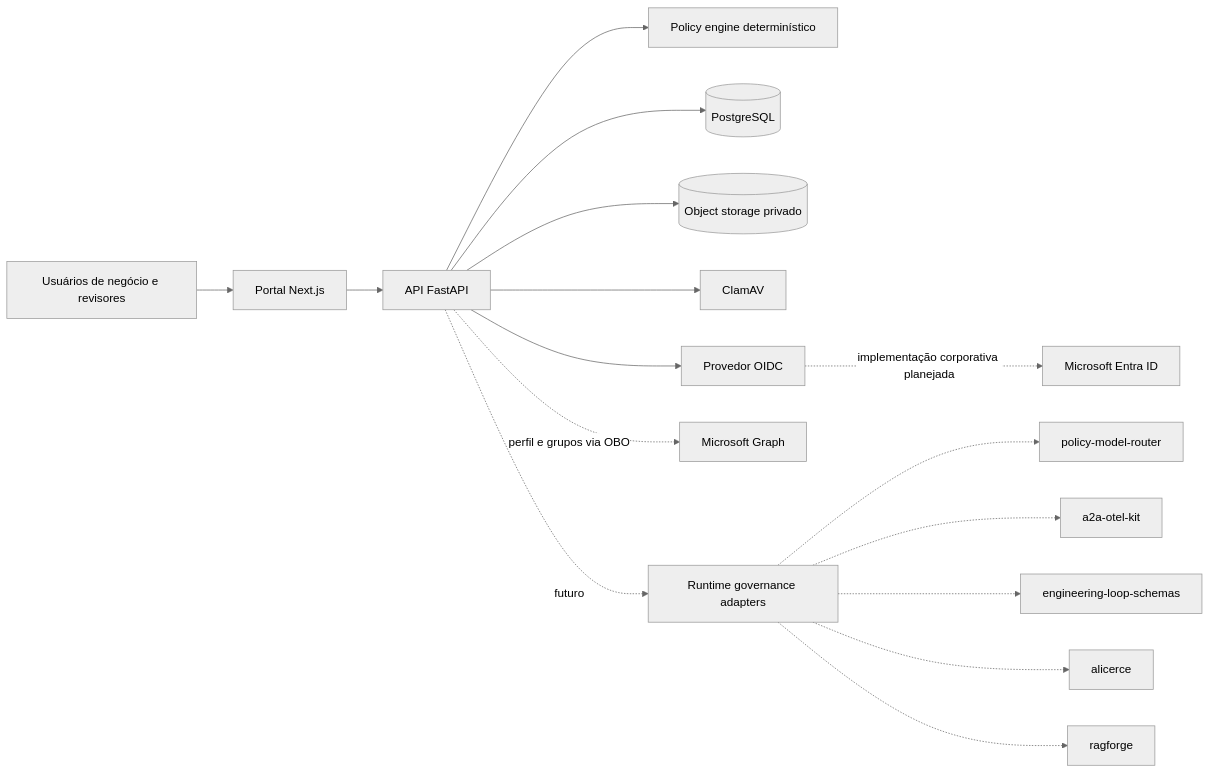
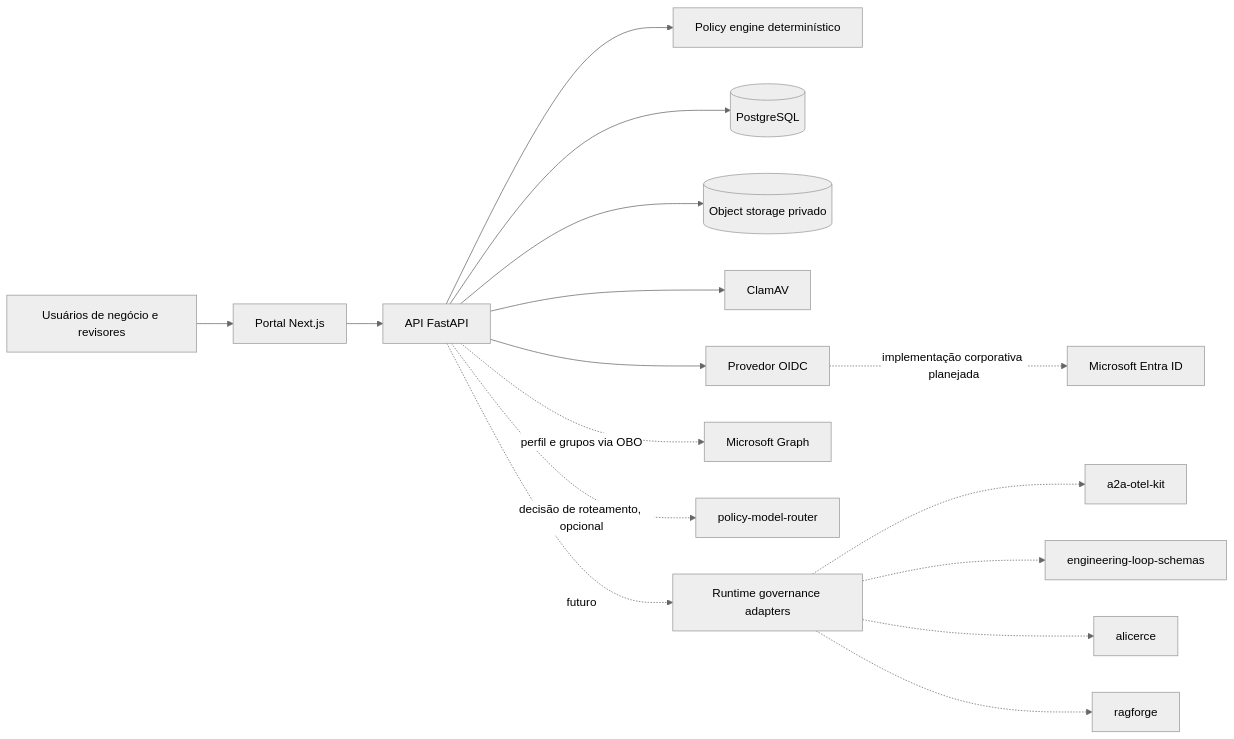
One commit to brunovicco/verifiable-ai-governance changed the first of 3 diagrams in docs/architecture/ARCHITECTURE.md. Above: the diagram before and after it, drawn with Mermaid (neutral theme). The commit also changed other lines of this file and 30 other files, not shown here.

````diff
--- a/docs/architecture/ARCHITECTURE.md
+++ b/docs/architecture/ARCHITECTURE.md
@@ -5,18 +5,18 @@
 ```mermaid
 flowchart LR
   U["Usuários de negócio e revisores"] --> W["Portal Next.js"]
   W --> A["API FastAPI"]
   A --> P["Policy engine determinístico"]
   A --> D[(PostgreSQL)]
   A --> S[("Object storage privado")]
   A --> C["ClamAV"]
   A --> O["Provedor OIDC"]
   O -. "implementação corporativa planejada" .-> E["Microsoft Entra ID"]
   A -. "perfil e grupos via OBO" .-> G["Microsoft Graph"]
+  A -. "decisão de roteamento, opcional" .-> PMR["policy-model-router"]
   A -. futuro .-> R["Runtime governance adapters"]
-  R -.-> PMR["policy-model-router"]
   R -.-> OTEL["a2a-otel-kit"]
   R -.-> ELS["engineering-loop-schemas"]
   R -.-> ALI["alicerce"]
   R -.-> RAG["ragforge"]
 ```
````
